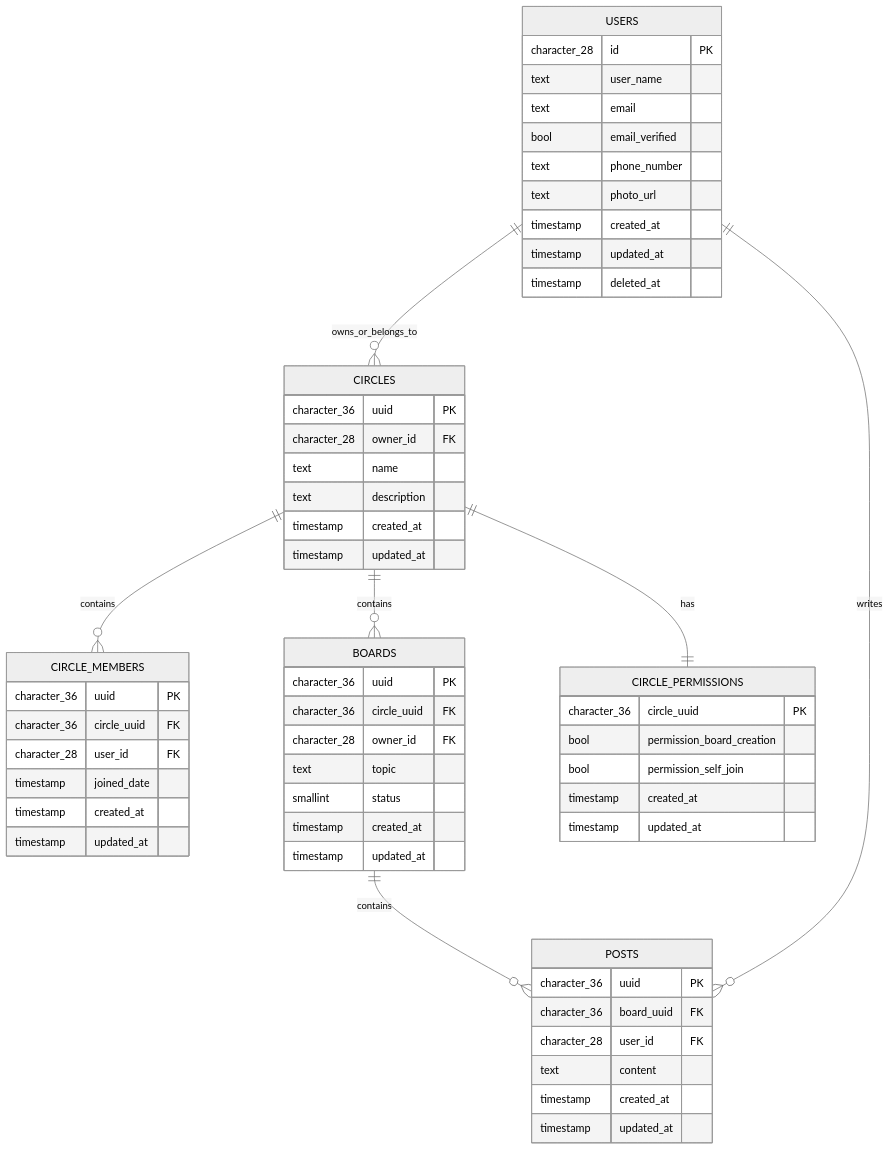
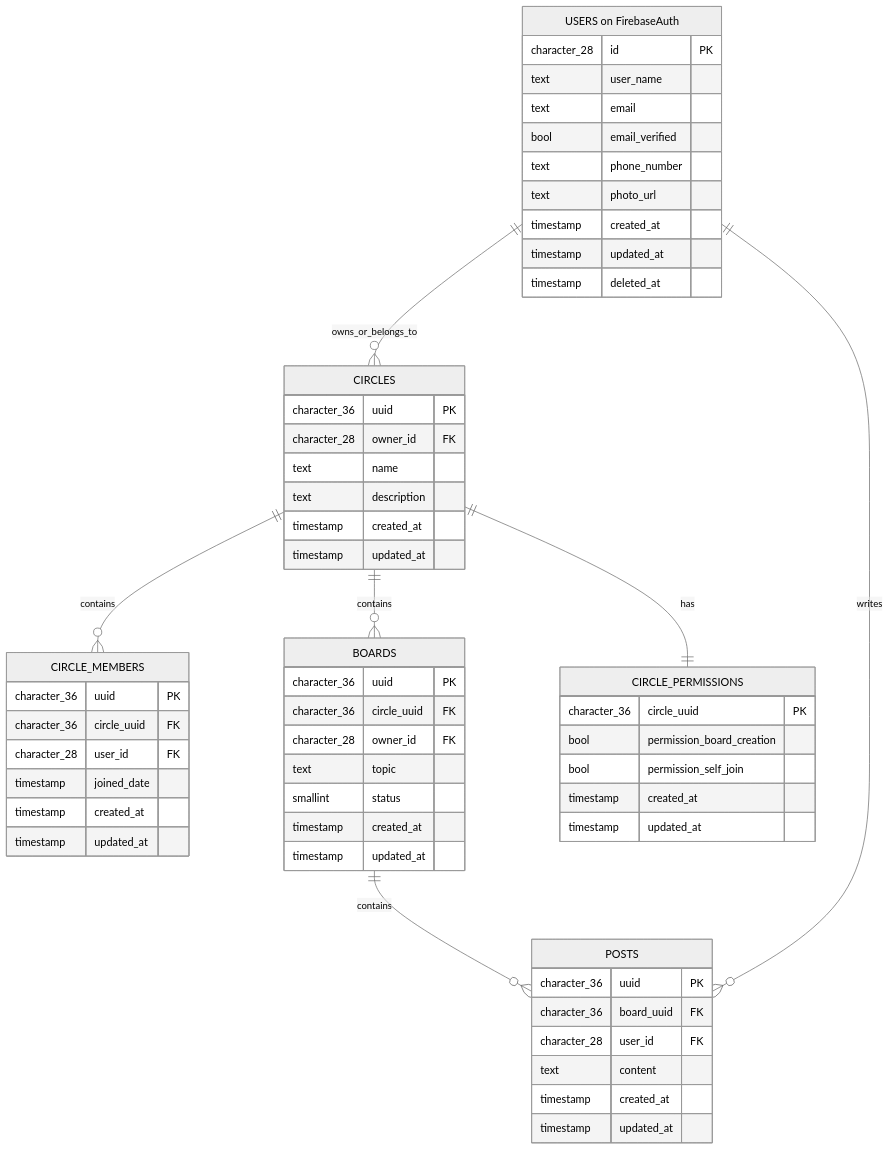
Before and after one commit to tonouchi510/application-arch-blueprint: the diagram in backend/circle-service/docs/er.mmd, drawn with Mermaid (neutral theme). The commit also changed 1 other file, not shown here.

```diff
--- a/backend/circle-service/docs/er.mmd
+++ b/backend/circle-service/docs/er.mmd
@@ -1,64 +1,70 @@
 erDiagram
-  USERS {
+  %% ============================================================
+  %% Firebase Authentication DB
+  %% ============================================================
+  "USERS on FirebaseAuth" {
     character_28 id PK
     text user_name
     text email
     bool email_verified
     text phone_number
     text photo_url
     timestamp created_at
     timestamp updated_at
     timestamp deleted_at
   }
+  %% ============================================================
+  %% PostgreSQL DB
+  %% ============================================================
 
   CIRCLES {
     character_36 uuid PK
     character_28 owner_id FK
     text name
     text description
     timestamp created_at
     timestamp updated_at
   }
 
   CIRCLE_MEMBERS {
     character_36 uuid PK
     character_36 circle_uuid FK
     character_28 user_id FK
     timestamp joined_date
     timestamp created_at
     timestamp updated_at
   }
 
   CIRCLE_PERMISSIONS {
     character_36 circle_uuid PK
     bool permission_board_creation
     bool permission_self_join
     timestamp created_at
     timestamp updated_at
   }
 
   BOARDS {
     character_36 uuid PK
     character_36 circle_uuid FK
     character_28 owner_id FK
     text topic
     smallint status
     timestamp created_at
     timestamp updated_at
   }
 
   POSTS {
     character_36 uuid PK
     character_36 board_uuid FK
     character_28 user_id FK
     text content
     timestamp created_at
     timestamp updated_at
   }
 
-  USERS ||--o{ CIRCLES : owns_or_belongs_to
-  USERS ||--o{ POSTS : writes
+  "USERS on FirebaseAuth" ||--o{ CIRCLES : owns_or_belongs_to
+  "USERS on FirebaseAuth" ||--o{ POSTS : writes
   CIRCLES ||--o{ CIRCLE_MEMBERS : contains
   CIRCLES ||--o{ BOARDS : contains
   CIRCLES ||--|| CIRCLE_PERMISSIONS : has
   BOARDS ||--o{ POSTS : contains
```
